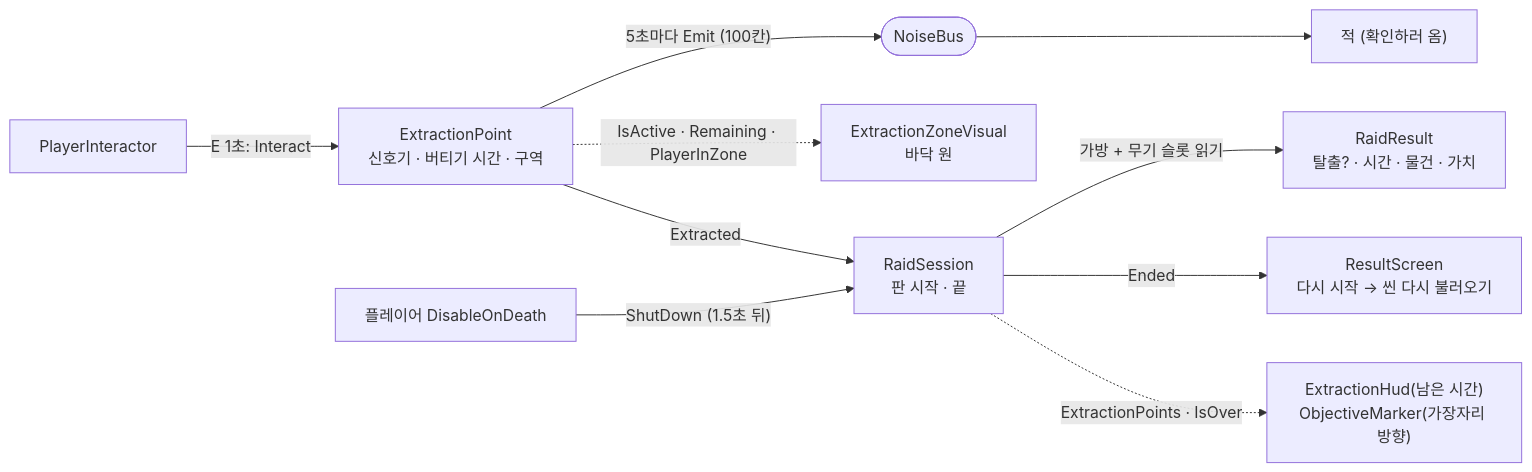
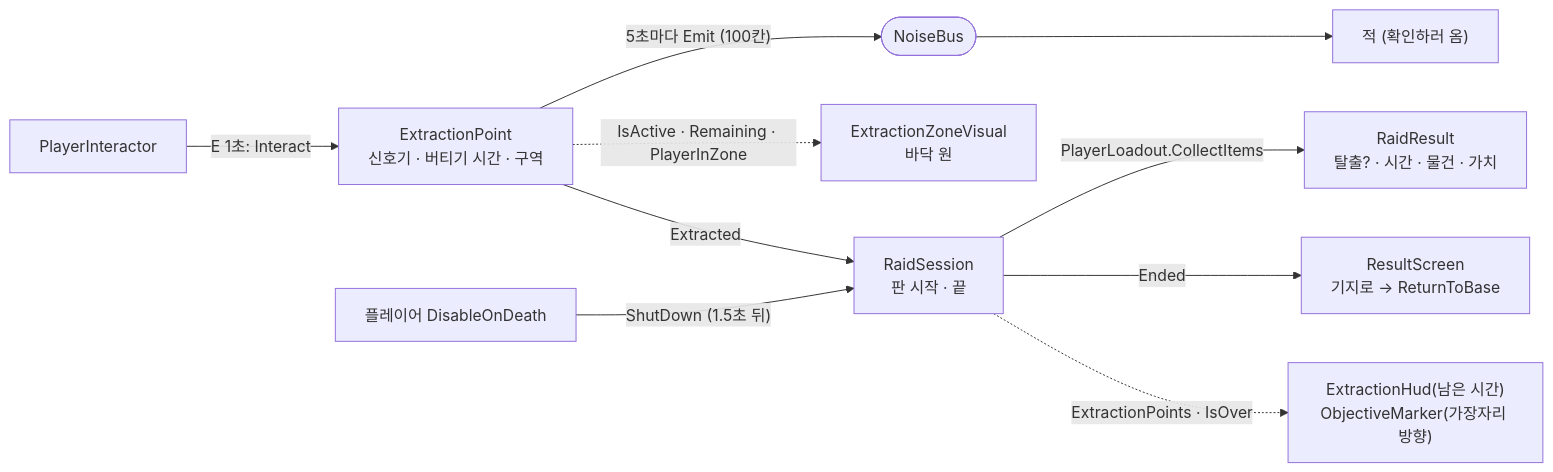
The sixth of 9 diagrams in docs/코드-구조.md (odyo0/project_dust_scrapper), drawn with Mermaid before and after one commit. The commit also changed other lines of this file and 61 other files, not shown here.

````diff
--- a/docs/코드-구조.md
+++ b/docs/코드-구조.md
@@ -241,11 +245,11 @@
 ```mermaid
 flowchart LR
     PI["PlayerInteractor"] -- "E 1초: Interact" --> EP["ExtractionPoint<br/>신호기 · 버티기 시간 · 구역"]
     EP -- "5초마다 Emit (100칸)" --> BUS(["NoiseBus"]) --> EN["적 (확인하러 옴)"]
     EP -. "IsActive · Remaining · PlayerInZone" .-> ZV["ExtractionZoneVisual<br/>바닥 원"]
     EP -- "Extracted" --> RS["RaidSession<br/>판 시작 · 끝"]
     DOD["플레이어 DisableOnDeath"] -- "ShutDown (1.5초 뒤)" --> RS
-    RS -- "가방 + 무기 슬롯 읽기" --> RR["RaidResult<br/>탈출? · 시간 · 물건 · 가치"]
-    RS -- "Ended" --> RES["ResultScreen<br/>다시 시작 → 씬 다시 불러오기"]
+    RS -- "PlayerLoadout.CollectItems" --> RR["RaidResult<br/>탈출? · 시간 · 물건 · 가치"]
+    RS -- "Ended" --> RES["ResultScreen<br/>기지로 → ReturnToBase"]
     RS -. "ExtractionPoints · IsOver" .-> HUD["ExtractionHud(남은 시간)<br/>ObjectiveMarker(가장자리 방향)"]
 ```
````
